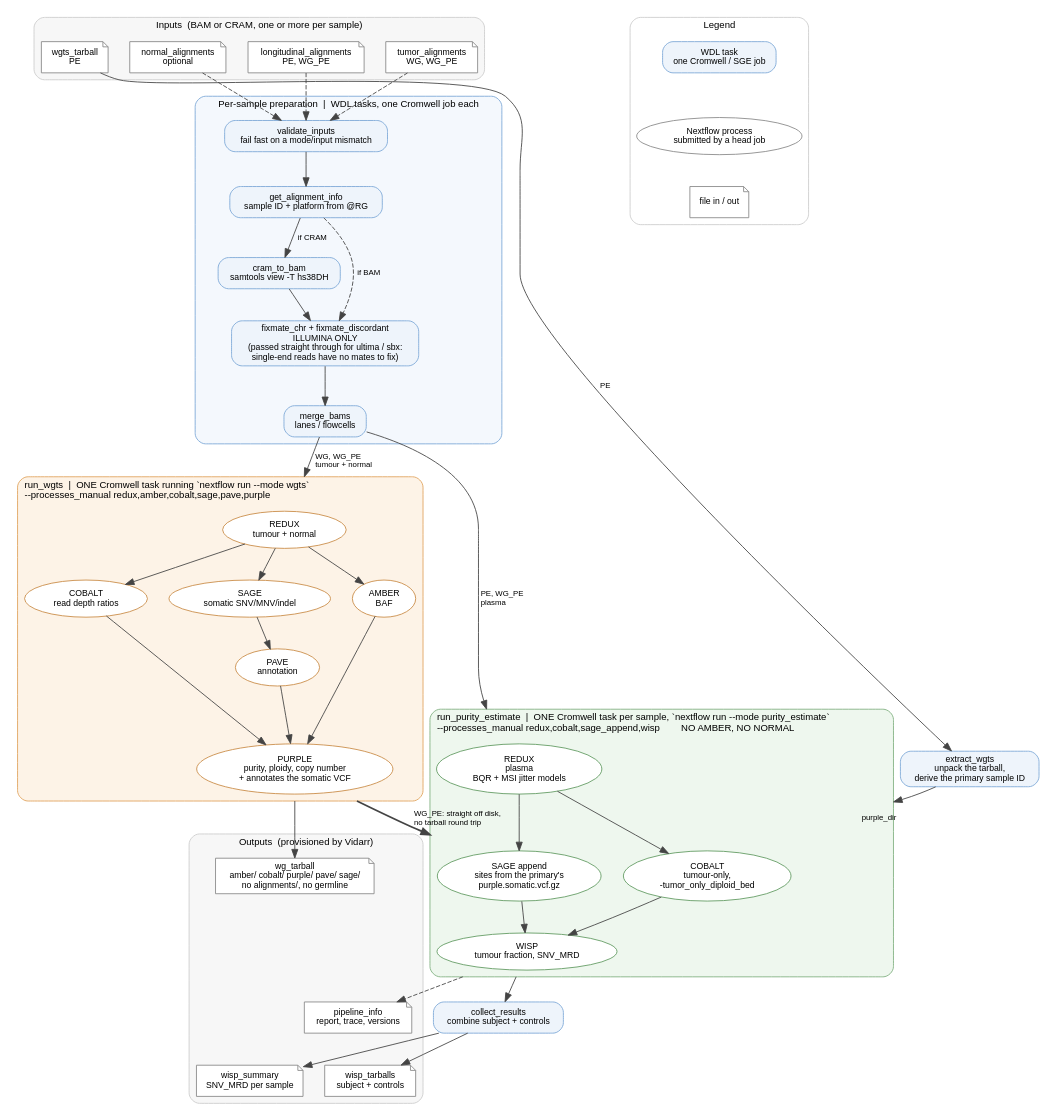
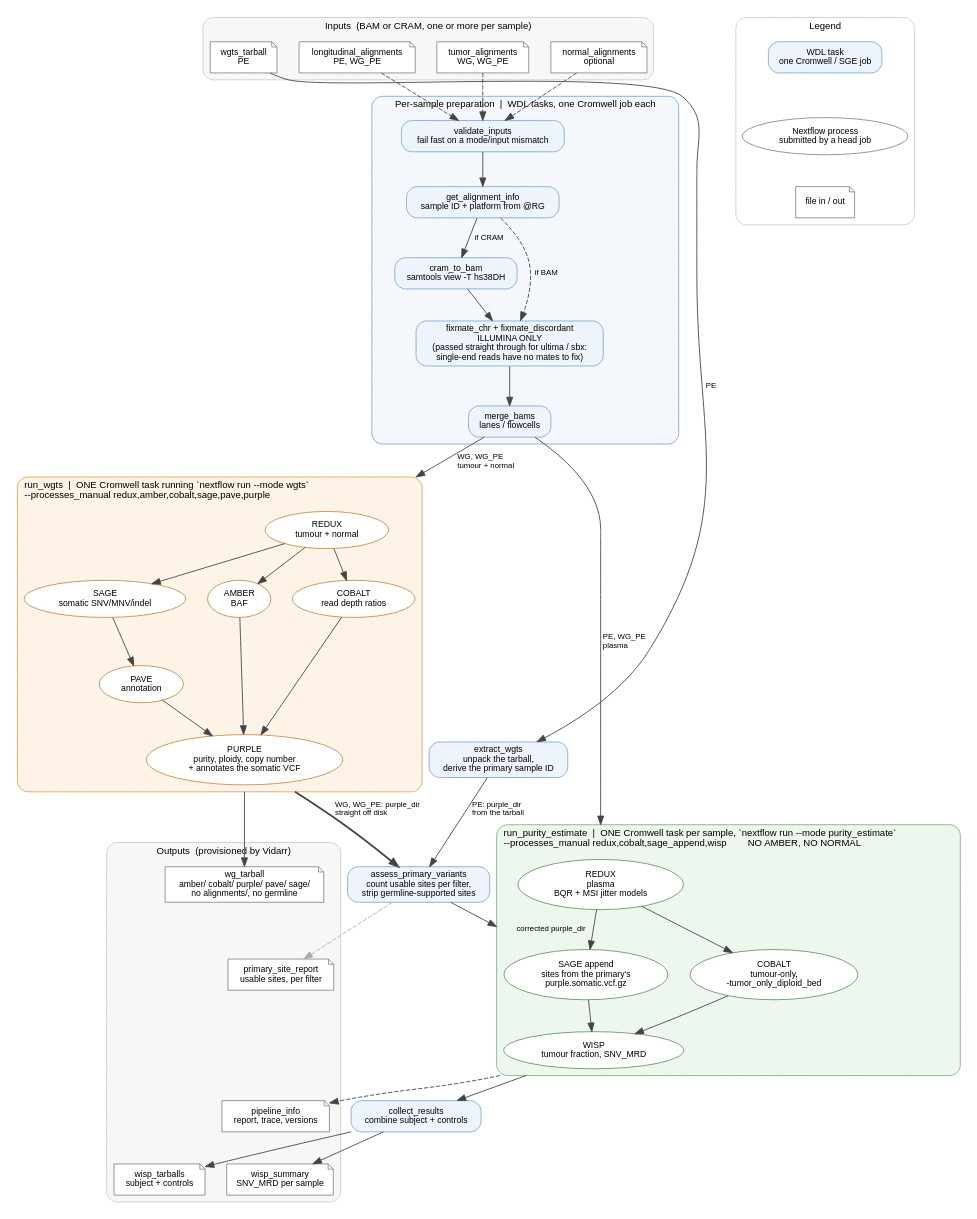
The diagram in docs/purityEstimateV3.dot (oicr-gsi/purityEstimateV3), drawn with Graphviz before and after one commit. The commit also changed 1 other file, not shown here.

Commit message:
diagram: add assess_primary_variants

```diff
--- a/docs/purityEstimateV3.dot
+++ b/docs/purityEstimateV3.dot
@@ -1,149 +1,153 @@
 // purityEstimateV3 workflow diagram.
 //
 // Source of truth for docs/purityEstimateV3.svg, which README.md references. Regenerate:
 //     bash v3/render.sh            (SVG only)
 //     bash v3/render.sh --png      (also the PNG for a Confluence attachment)
 //
 // The SVG is committed; the PNG is gitignored and rendered on demand.
 //
 // The point of this diagram is the two things people get wrong when reading a run:
 //   1. which mode runs which stage
 //   2. where Cromwell stops and Nextflow starts (the two head-job boxes)
 // So WDL tasks are rounded boxes and Nextflow processes are ellipses. Only the
 // per-sample prep tasks are clustered; extract_wgts and collect_results are left loose
 // so graphviz can place them at the stage they actually belong to, which keeps the
 // whole graph flowing top to bottom instead of sprawling sideways.
 
 digraph purityEstimateV3 {
     rankdir=TB;
     compound=true;
     newrank=true;
     bgcolor="white";
     node [fontname="Helvetica" fontsize=10 style="filled" color="#444444"];
     edge [fontname="Helvetica" fontsize=9 color="#444444"];
     graph [fontname="Helvetica" fontsize=11 labeljust=l];
     nodesep=0.35; ranksep=0.5;
 
     // WDL task style, used for both clustered and loose tasks.
     node [shape=box style="filled,rounded" fillcolor="#eef4fb" color="#7ba7d7"];
 
     // ---------------------------------------------------------------- inputs
     subgraph cluster_inputs {
         label="Inputs  (BAM or CRAM, one or more per sample)";
         labeljust=c;
         style="filled,rounded"; fillcolor="#f7f7f7"; color="#cccccc";
         node [shape=note fillcolor="#ffffff" color="#888888"];
         in_tumor  [label="tumor_alignments\nWG, WG_PE"];
         in_normal [label="normal_alignments\noptional"];
         in_long   [label="longitudinal_alignments\nPE, WG_PE"];
         in_tar    [label="wgts_tarball\nPE"];
     }
 
     // ------------------------------------------- per-sample preparation (WDL)
     subgraph cluster_prep {
         label="Per-sample preparation  |  WDL tasks, one Cromwell job each";
         style="filled,rounded"; fillcolor="#f4f8fd"; color="#7ba7d7";
 
         validate [label="validate_inputs\nfail fast on a mode/input mismatch"];
         info     [label="get_alignment_info\nsample ID + platform from @RG"];
         cram     [label="cram_to_bam\nsamtools view -T hs38DH"];
         fixmate  [label="fixmate_chr + fixmate_discordant\nILLUMINA ONLY\n(passed straight through for ultima / sbx:\nsingle-end reads have no mates to fix)"];
         merge    [label="merge_bams\nlanes / flowcells"];
 
         // The single-end skip is stated in the fixmate node label rather than as an
         // extra cram -> merge edge: that edge's label landed on top of the fixmate node.
         validate -> info;
         info -> cram    [label="  if CRAM"];
         info -> fixmate [label="  if BAM" style=dashed];
         cram -> fixmate;
         fixmate -> merge;
     }
 
     // ------------------------------------------------------- WG head job
     subgraph cluster_wg {
         label="run_wgts  |  ONE Cromwell task running `nextflow run --mode wgts`\l--processes_manual redux,amber,cobalt,sage,pave,purple\l";
         style="filled,rounded"; fillcolor="#fdf3e7"; color="#e0a35c";
         node [shape=ellipse style=filled fillcolor="#ffffff" color="#c98a45"];
         wg_redux  [label="REDUX\ntumour + normal"];
         wg_sage   [label="SAGE\nsomatic SNV/MNV/indel"];
         wg_pave   [label="PAVE\nannotation"];
         wg_amber  [label="AMBER\nBAF"];
         wg_cobalt [label="COBALT\nread depth ratios"];
         wg_purple [label="PURPLE\npurity, ploidy, copy number\n+ annotates the somatic VCF"];
 
         wg_redux -> wg_sage;
         wg_redux -> wg_amber;
         wg_redux -> wg_cobalt;
         wg_sage  -> wg_pave;
         wg_pave   -> wg_purple;
         wg_amber  -> wg_purple;
         wg_cobalt -> wg_purple;
         { rank=same; wg_sage; wg_amber; wg_cobalt; }
     }
 
     // ------------------------------------------------------- PE head job
     subgraph cluster_pe {
         label="run_purity_estimate  |  ONE Cromwell task per sample, `nextflow run --mode purity_estimate`\l--processes_manual redux,cobalt,sage_append,wisp        NO AMBER, NO NORMAL\l";
         style="filled,rounded"; fillcolor="#eef7ee"; color="#7fb07f";
         node [shape=ellipse style=filled fillcolor="#ffffff" color="#5f9a5f"];
         pe_redux  [label="REDUX\nplasma\nBQR + MSI jitter models"];
         pe_sage   [label="SAGE append\nsites from the primary's\npurple.somatic.vcf.gz"];
         pe_cobalt [label="COBALT\ntumour-only,\n-tumor_only_diploid_bed"];
         pe_wisp   [label="WISP\ntumour fraction, SNV_MRD"];
 
         pe_redux -> pe_sage;
         pe_redux -> pe_cobalt;
         pe_sage -> pe_wisp;
         pe_cobalt -> pe_wisp;
         { rank=same; pe_sage; pe_cobalt; }
     }
 
     // ------------------------------------------------- loose WDL tasks
     extract [label="extract_wgts\nunpack the tarball,\nderive the primary sample ID"];
+    assess  [label="assess_primary_variants\ncount usable sites per filter,\nstrip germline-supported sites"];
     collect [label="collect_results\ncombine subject + controls"];
 
     // ---------------------------------------------------------------- outputs
     subgraph cluster_out {
         label="Outputs  (provisioned by Vidarr)";
         labeljust=c;
         style="filled,rounded"; fillcolor="#f7f7f7"; color="#cccccc";
         node [shape=note fillcolor="#ffffff" color="#888888"];
         out_tar  [label="wg_tarball\namber/ cobalt/ purple/ pave/ sage/\nno alignments/, no germline"];
         out_sum  [label="wisp_summary\nSNV_MRD per sample"];
         out_wisp [label="wisp_tarballs\nsubject + controls"];
         out_info [label="pipeline_info\nreport, trace, versions"];
+        out_rep  [label="primary_site_report\nusable sites, per filter"];
     }
 
     // ------------------------------------------------------------------ wiring
     in_tumor  -> validate [style=dashed];
     in_normal -> validate [style=dashed];
     in_long   -> validate [style=dashed];
     in_tar    -> extract  [label="  PE" constraint=false];
 
     merge -> wg_redux [lhead=cluster_wg label="  WG, WG_PE\l  tumour + normal\l"];
     merge -> pe_redux [lhead=cluster_pe label="  PE, WG_PE\l  plasma\l"];
 
     wg_purple -> out_tar [ltail=cluster_wg];
-    extract   -> pe_sage [lhead=cluster_pe label="  purple_dir"];
-    wg_purple -> pe_sage [ltail=cluster_wg lhead=cluster_pe style=bold
-                          label="  WG_PE: straight off disk,\l  no tarball round trip\l"];
+    extract   -> assess  [label="  PE: purple_dir\l  from the tarball\l"];
+    wg_purple -> assess  [ltail=cluster_wg style=bold
+                          label="  WG, WG_PE: purple_dir\l  straight off disk\l"];
+    assess    -> pe_sage [lhead=cluster_pe label="  corrected purple_dir"];
+    assess    -> out_rep [style=dashed color="#aaaaaa"];
 
     pe_wisp -> collect  [ltail=cluster_pe];
     pe_wisp -> out_info [ltail=cluster_pe style=dashed];
     collect -> out_sum;
     collect -> out_wisp;
 
     // ------------------------------------------------------------------ legend
     subgraph cluster_legend {
         label="Legend";
         labeljust=c;
         style="filled,rounded"; fillcolor="#ffffff"; color="#cccccc";
         l_wdl  [shape=box style="filled,rounded" fillcolor="#eef4fb" color="#7ba7d7"
                 label="WDL task\none Cromwell / SGE job"];
         l_nf   [shape=ellipse style=filled fillcolor="#ffffff" color="#888888"
                 label="Nextflow process\nsubmitted by a head job"];
         l_file [shape=note style=filled fillcolor="#ffffff" color="#888888"
                 label="file in / out"];
         l_wdl -> l_nf -> l_file [style=invis];
     }
 }
```
